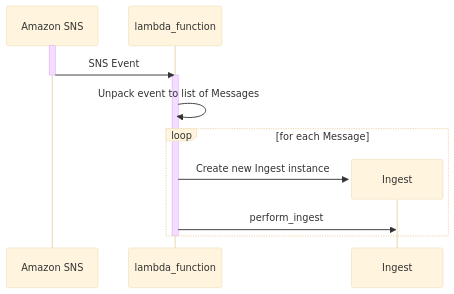
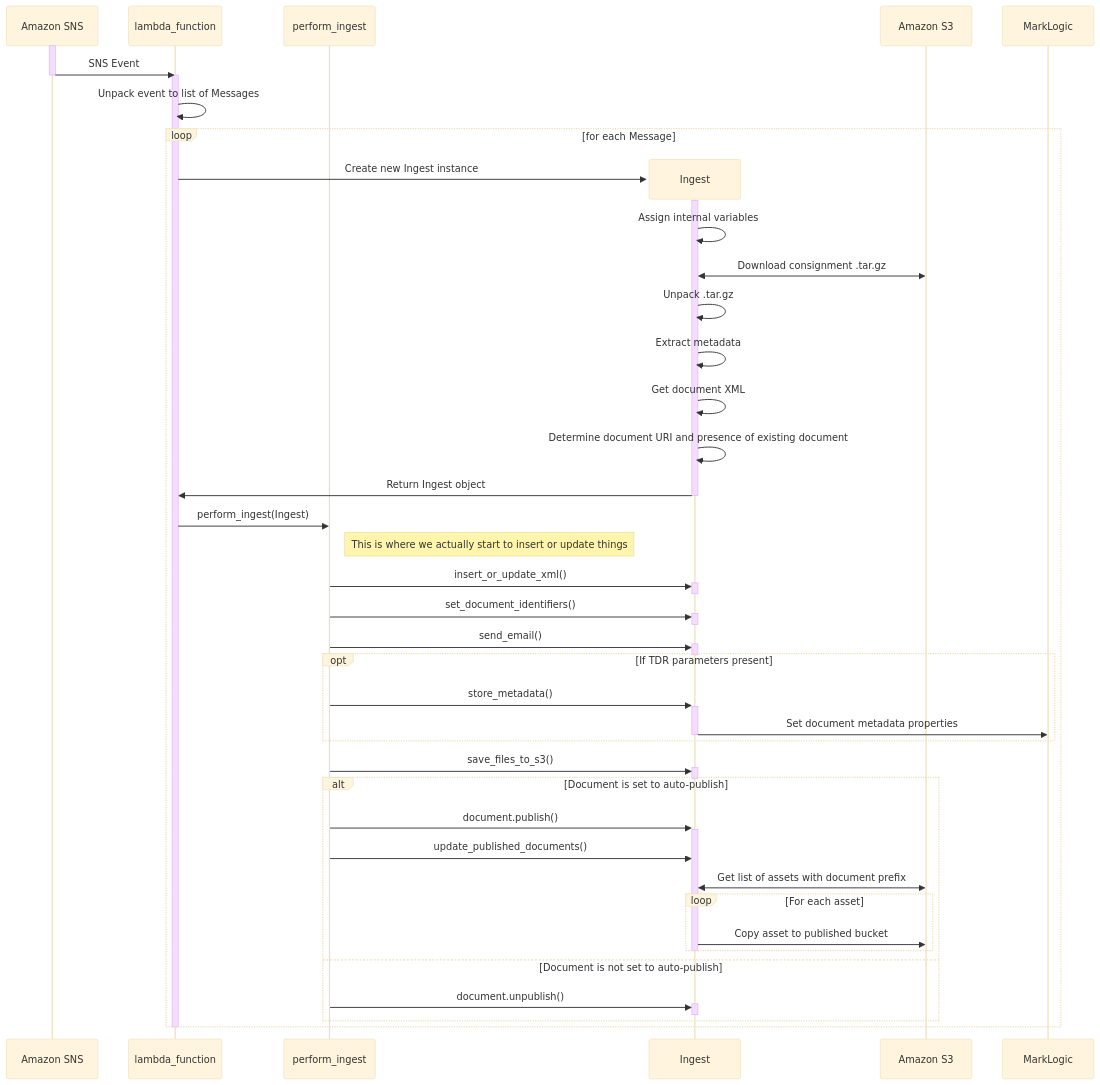
One commit to nationalarchives/ds-caselaw-ingester changed the diagram in docs/workflow.md. Above: the diagram before and after it, drawn with Mermaid (base theme).

Commit message:
Flesh out some of the perform_ingest orchestration

````diff
--- a/docs/workflow.md
+++ b/docs/workflow.md
@@ -5,32 +5,80 @@
 ```mermaid
 
 sequenceDiagram
     participant SNS as Amazon SNS
     participant lambda as lambda_function
-
+    participant perform_ingest
 
     activate SNS
     SNS ->> lambda : SNS Event
     deactivate SNS
 
     activate lambda
 
     lambda ->> lambda : Unpack event to list of Messages
 
     loop for each Message
 
         create participant Ingest
 
         lambda ->> Ingest : Create new Ingest instance
-        lambda ->> Ingest : perform_ingest
 
         activate Ingest
 
-        destroy Ingest
+        Ingest ->> Ingest : Assign internal variables
 
+        participant S3 as Amazon S3
+
+        Ingest <<->> S3 : Download consignment .tar.gz
+
+        Ingest ->> Ingest : Unpack .tar.gz
+
+        Ingest ->> Ingest : Extract metadata
+
+        Ingest ->> Ingest : Get document XML
+
+        Ingest ->> Ingest : Determine document URI and presence of existing document
+
+        Ingest ->> lambda : Return Ingest object
+        deactivate Ingest
+
+        lambda ->> perform_ingest : perform_ingest(Ingest)
+
+        note right of perform_ingest: This is where we actually start to insert or update things
+
+        perform_ingest ->>+ Ingest: insert_or_update_xml()
+        deactivate Ingest
+
+        perform_ingest ->>+ Ingest: set_document_identifiers()
+        deactivate Ingest
+
+        perform_ingest ->>+ Ingest: send_email()
+        deactivate Ingest
+
+        opt If TDR parameters present
+            perform_ingest ->>+ Ingest: store_metadata()
+            Ingest ->> MarkLogic : Set document metadata properties
+            deactivate Ingest
+        end
+
+        perform_ingest ->>+ Ingest: save_files_to_s3()
+        deactivate Ingest
+
+        alt Document is set to auto-publish
+            perform_ingest ->>+ Ingest: document.publish()
+            perform_ingest ->> Ingest: update_published_documents()
+            Ingest <<->> S3 : Get list of assets with document prefix
+            loop For each asset
+                Ingest ->> S3 : Copy asset to published bucket
+            end
+            deactivate Ingest
+        else Document is not set to auto-publish
+            perform_ingest ->>+ Ingest: document.unpublish()
+            deactivate Ingest
+        end
 
     end
 
     deactivate lambda
 
 ```
````
